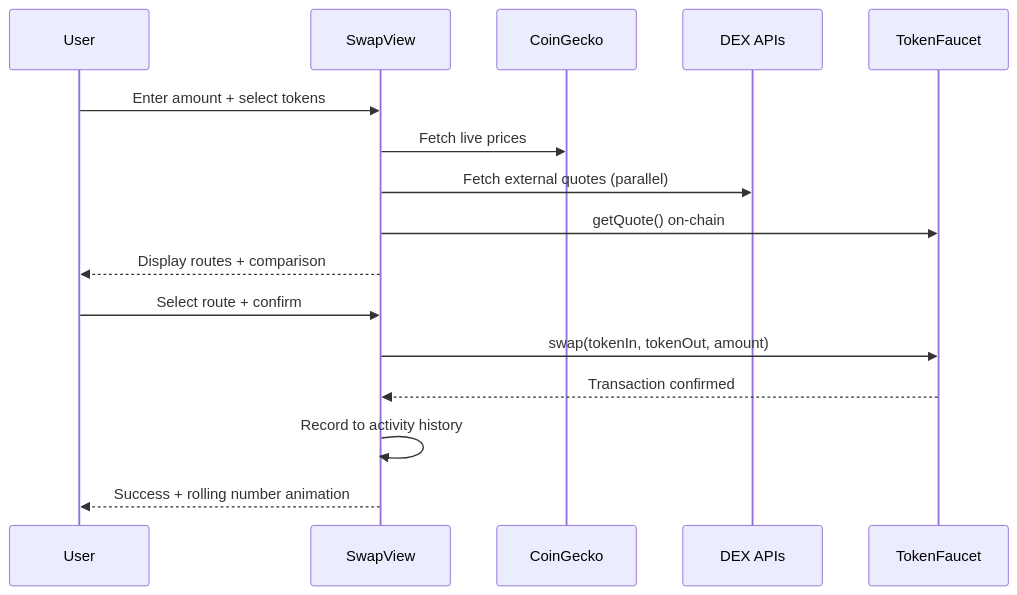
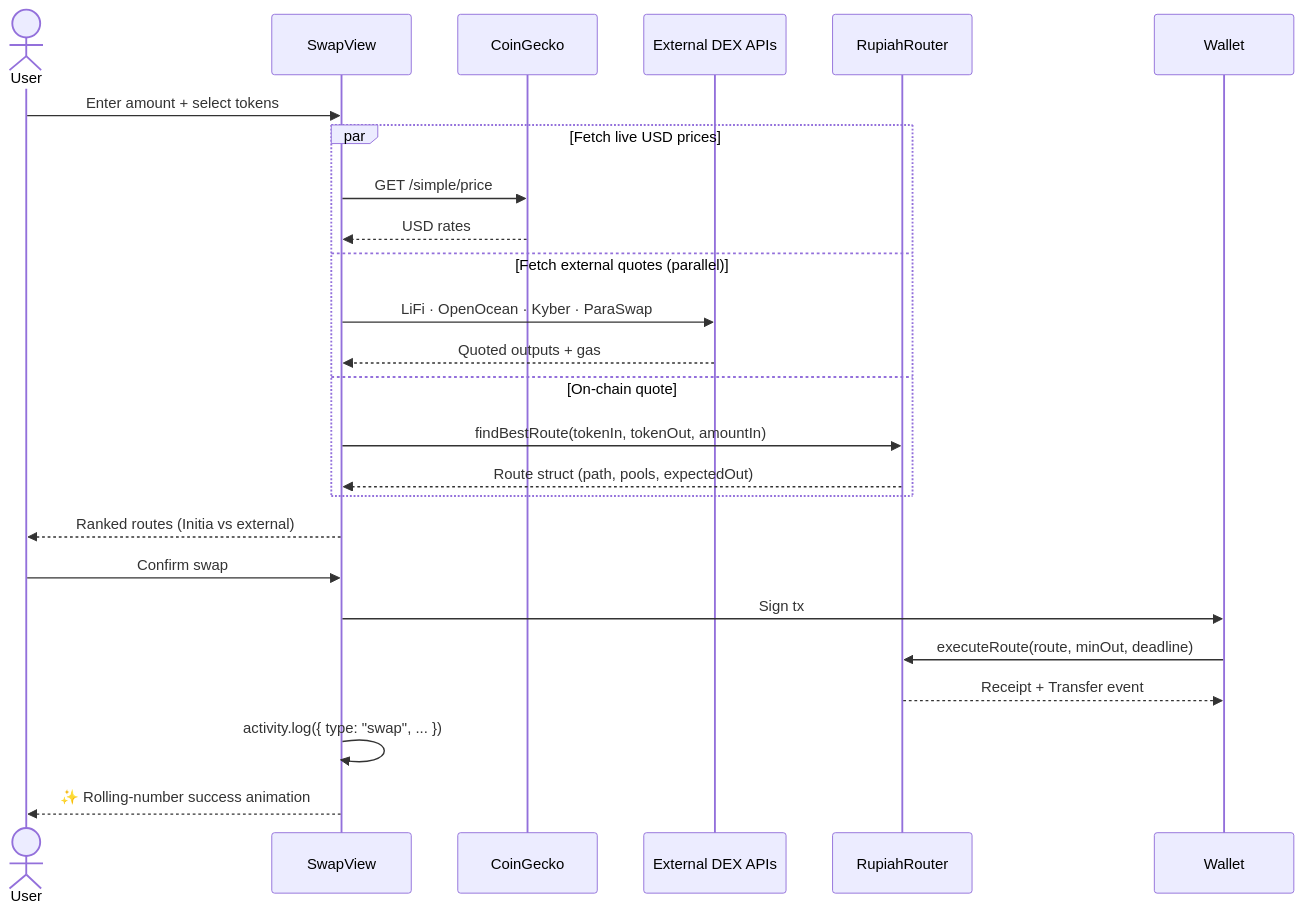
The second of 5 diagrams in fe_rupiahrote/README.md (EzraNahumury/initia), drawn with Mermaid before and after one commit. The commit also changed other lines of this file and 4 other files, not shown here.

````diff
--- a/fe_rupiahrote/README.md
+++ b/fe_rupiahrote/README.md
@@ -71,19 +127,29 @@
 ```mermaid
 sequenceDiagram
-    participant User
-    participant SwapView
-    participant CoinGecko
-    participant DEX APIs
-    participant TokenFaucet
+    actor User
+    participant SV as SwapView
+    participant CG as CoinGecko
+    participant DEX as External DEX APIs
+    participant RR as RupiahRouter
+    participant W as Wallet
 
-    User->>SwapView: Enter amount + select tokens
-    SwapView->>CoinGecko: Fetch live prices
-    SwapView->>DEX APIs: Fetch external quotes (parallel)
-    SwapView->>TokenFaucet: getQuote() on-chain
-    SwapView-->>User: Display routes + comparison
-    User->>SwapView: Select route + confirm
-    SwapView->>TokenFaucet: swap(tokenIn, tokenOut, amount)
-    TokenFaucet-->>SwapView: Transaction confirmed
-    SwapView->>SwapView: Record to activity history
-    SwapView-->>User: Success + rolling number animation
+    User->>SV: Enter amount + select tokens
+    par Fetch live USD prices
+        SV->>CG: GET /simple/price
+        CG-->>SV: USD rates
+    and Fetch external quotes (parallel)
+        SV->>DEX: LiFi · OpenOcean · Kyber · ParaSwap
+        DEX-->>SV: Quoted outputs + gas
+    and On-chain quote
+        SV->>RR: findBestRoute(tokenIn, tokenOut, amountIn)
+        RR-->>SV: Route struct (path, pools, expectedOut)
+    end
+    SV-->>User: Ranked routes (Initia vs external)
+
+    User->>SV: Confirm swap
+    SV->>W: Sign tx
+    W->>RR: executeRoute(route, minOut, deadline)
+    RR-->>W: Receipt + Transfer event
+    SV->>SV: activity.log({ type: "swap", ... })
+    SV-->>User: ✨ Rolling-number success animation
 ```
````
